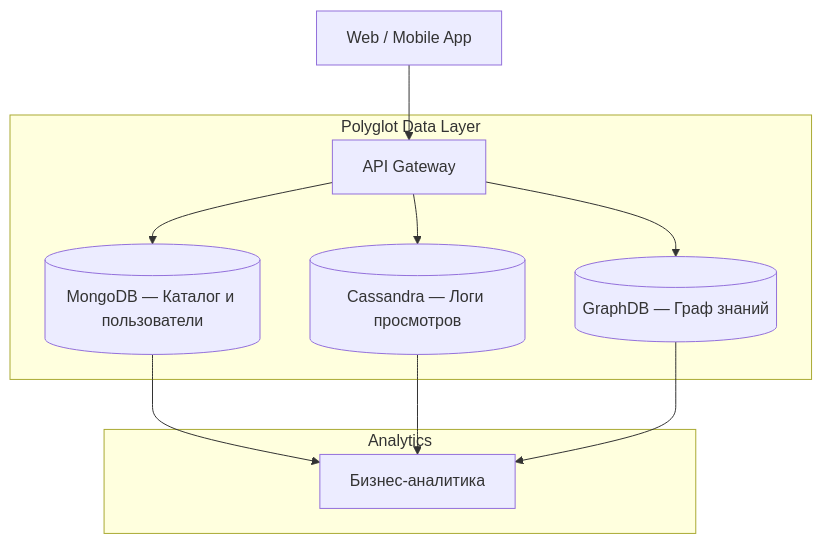
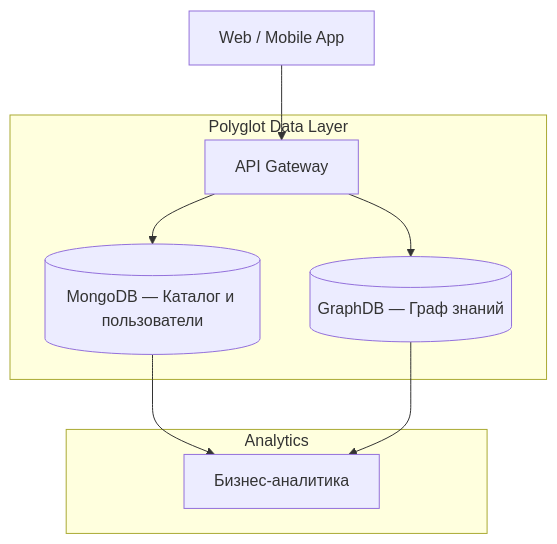
Before and after one commit to trusov13/DEP-MGPU-BigDataWork: the diagram in pw_02/Report_pw2_Variant29.md, drawn with Mermaid. The commit also changed other lines of this file, not shown here.

````diff
--- a/pw_02/Report_pw2_Variant29.md
+++ b/pw_02/Report_pw2_Variant29.md
@@ -52,16 +45,14 @@
 ```mermaid
 graph TD
     Client[Web / Mobile App] --> API[API Gateway]
 
     subgraph Polyglot Data Layer
         API --> Mongo[(MongoDB — Каталог и пользователи)]
-        API --> Cass[(Cassandra — Логи просмотров)]
         API --> Graph[(GraphDB — Граф знаний)]
     end
 
     subgraph Analytics
         Mongo --> BI[Бизнес-аналитика]
-        Cass --> BI
         Graph --> BI
     end
 ```
````
